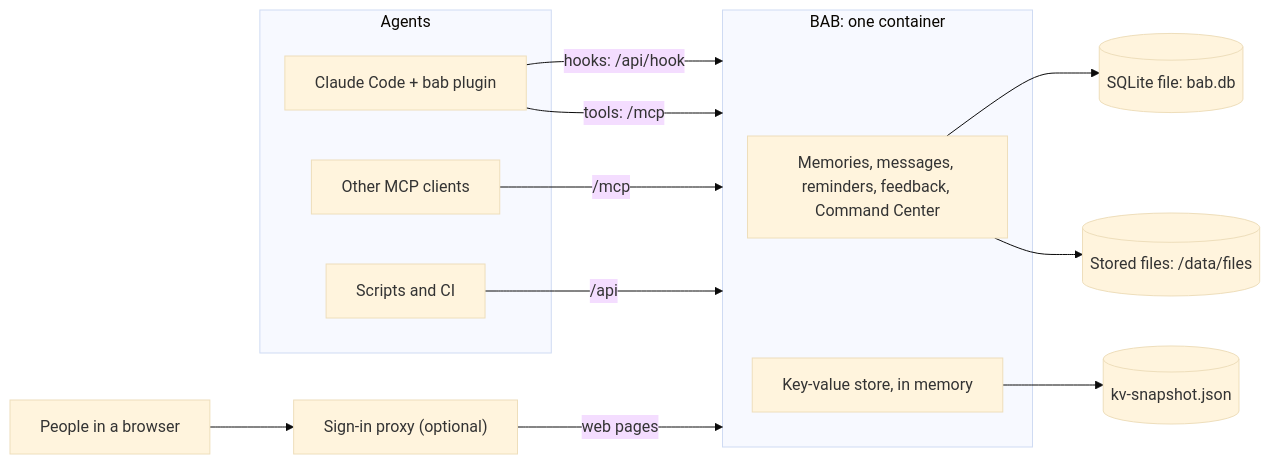
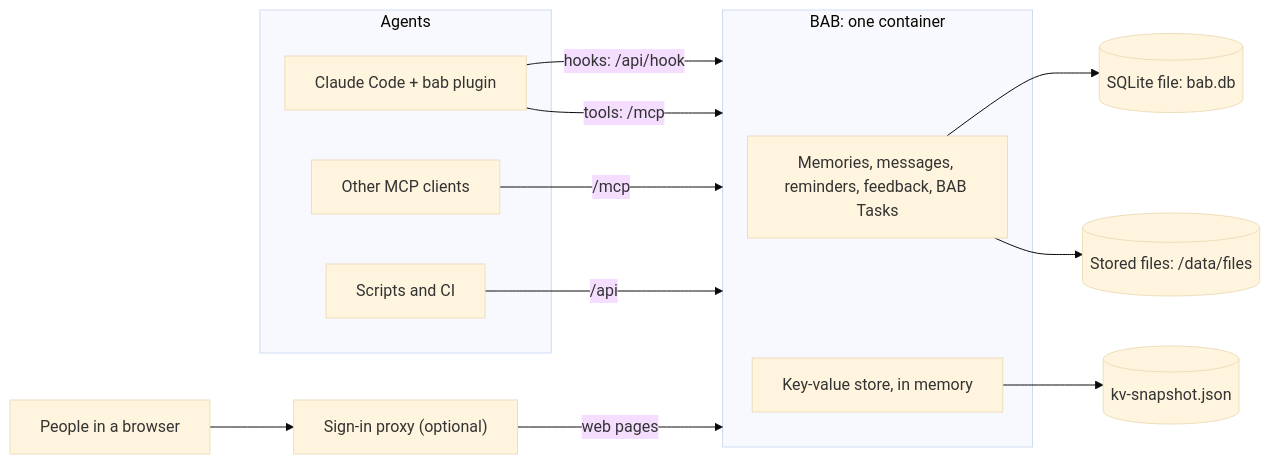
One commit to enhesa/big-agentic-brain changed the diagram in README.md. Above: the diagram before and after it, drawn with Mermaid (base theme). The commit also changed other lines of this file and 101 other files, not shown here.

First line of the commit message:
feat: rename Command Center to BAB Tasks (#154)

````diff
--- a/README.md
+++ b/README.md
@@ -318,21 +318,21 @@
 ```mermaid
 flowchart LR
   subgraph Agents
     CC["Claude Code + bab plugin"]
     MCP["Other MCP clients"]
     CI["Scripts and CI"]
   end
   People["People in a browser"] --> Proxy["Sign-in proxy (optional)"]
   CC -- "hooks: /api/hook" --> BAB
   CC -- "tools: /mcp" --> BAB
   MCP -- "/mcp" --> BAB
   CI -- "/api" --> BAB
   Proxy -- "web pages" --> BAB
   subgraph BAB["BAB: one container"]
-    Core["Memories, messages, reminders, feedback, Command Center"]
+    Core["Memories, messages, reminders, feedback, BAB Tasks"]
     KV["Key-value store, in memory"]
   end
   Core --> DB[("SQLite file: bab.db")]
   KV --> Snap[("kv-snapshot.json")]
   Core --> Files[("Stored files: /data/files")]
 ```
````
